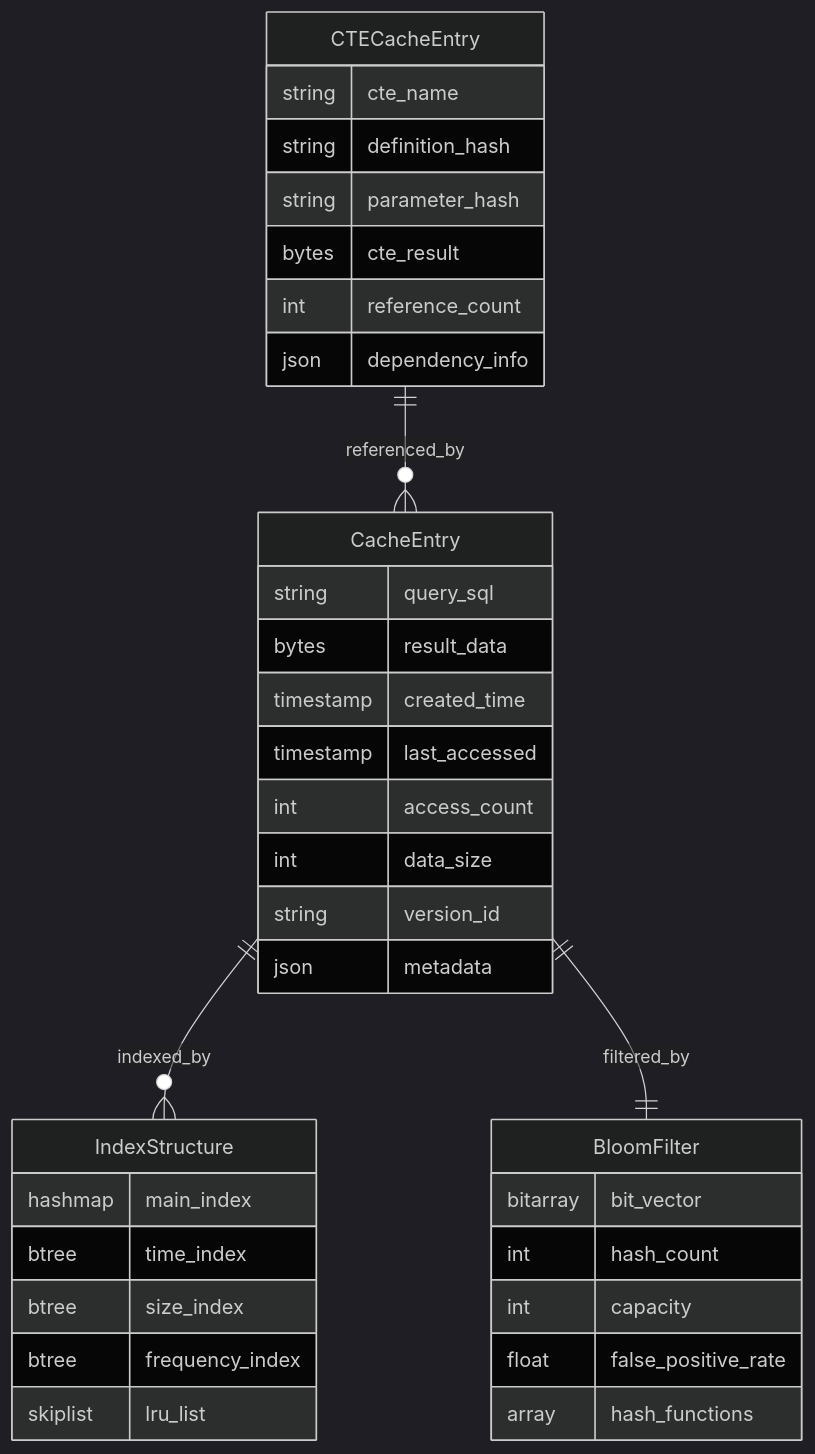
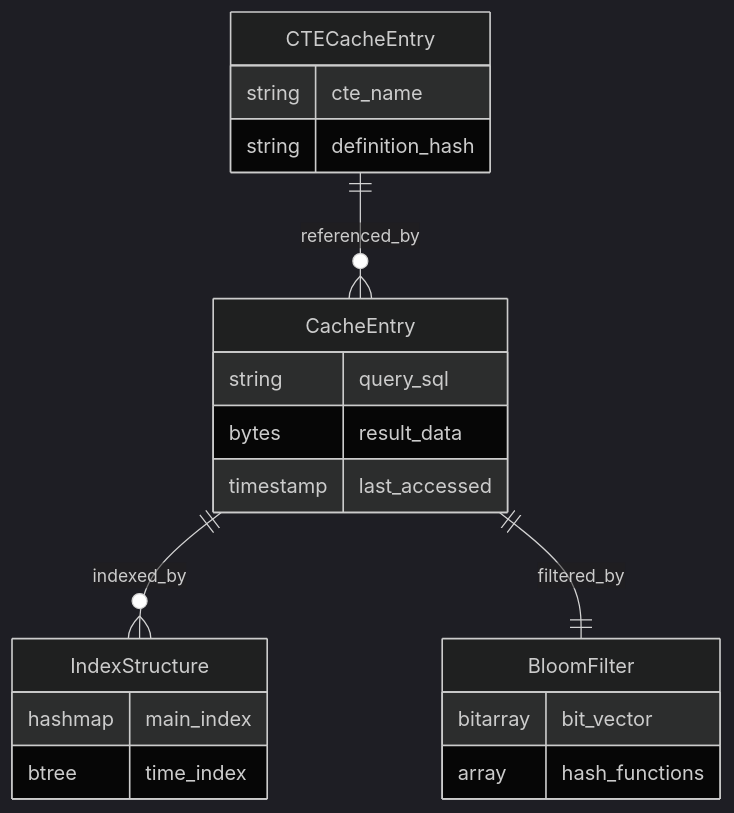
Before and after one commit to crazypenguincode/duckdb: the second of 2 diagrams in md/第三章-基于布隆过滤器的SQL和CTE动态缓存技术.md, drawn with Mermaid (dark theme). The commit also changed 30 other files, not shown here.

````diff
--- a/md/第三章-基于布隆过滤器的SQL和CTE动态缓存技术.md
+++ b/md/第三章-基于布隆过滤器的SQL和CTE动态缓存技术.md
@@ -62,42 +62,27 @@
 ```mermaid
 erDiagram
     CacheEntry {
         string query_sql
         bytes result_data
-        timestamp created_time
         timestamp last_accessed
-        int access_count
-        int data_size
-        string version_id
-        json metadata
     }
     
     BloomFilter {
         bitarray bit_vector
-        int hash_count
-        int capacity
-        float false_positive_rate
         array hash_functions
     }
     
     CTECacheEntry {
         string cte_name
         string definition_hash
-        string parameter_hash
-        bytes cte_result
-        int reference_count
-        json dependency_info
     }
     
     IndexStructure {
         hashmap main_index
         btree time_index
-        btree size_index
-        btree frequency_index
-        skiplist lru_list
     }
     
     CacheEntry ||--o{ IndexStructure : "indexed_by"
     CacheEntry ||--|| BloomFilter : "filtered_by"
     CTECacheEntry ||--o{ CacheEntry : "referenced_by"
 ```
````
